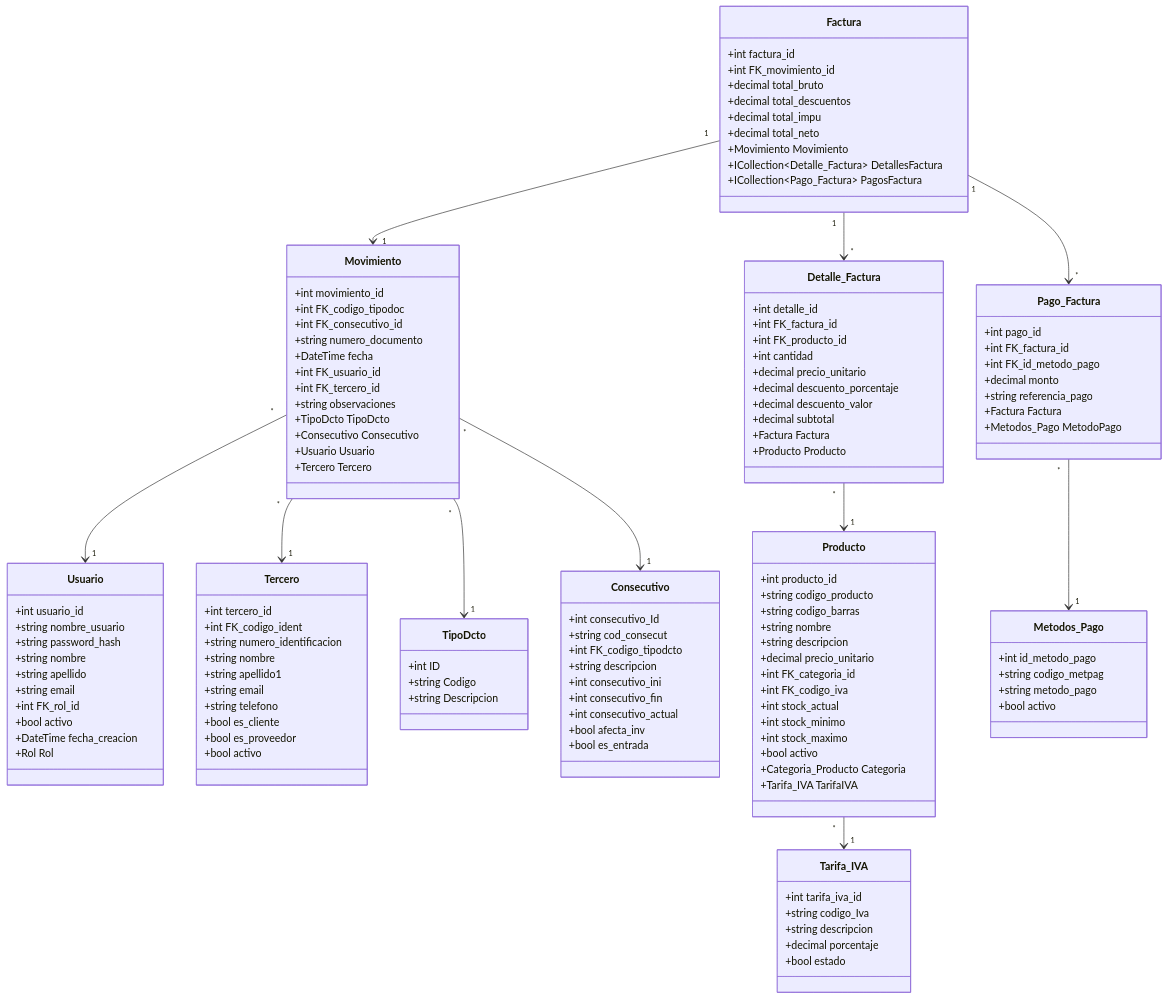
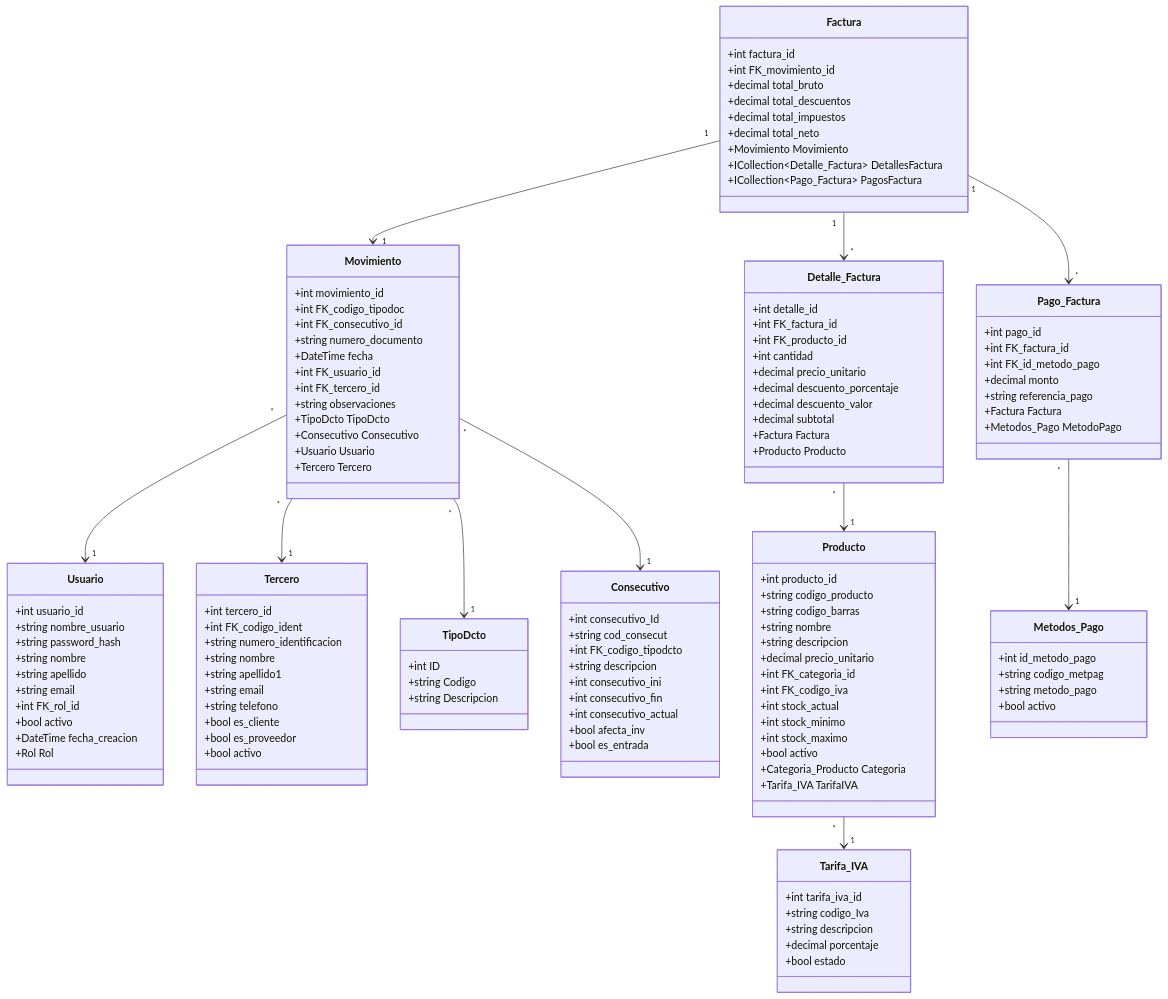
One commit to KevinMT98/SUPERMERCADO_POS changed the first of 2 diagrams in SUPERMERCADO/README.md. Above: the diagram before and after it, drawn with Mermaid. The commit also changed other lines of this file, not shown here.

```diff
--- a/SUPERMERCADO/README.md
+++ b/SUPERMERCADO/README.md
@@ -672,7 +626,7 @@
         +int FK_movimiento_id
         +decimal total_bruto
         +decimal total_descuentos
-        +decimal total_impu
+        +decimal total_impuestos
         +decimal total_neto
         +Movimiento Movimiento
         +ICollection~Detalle_Factura~ DetallesFactura
```
